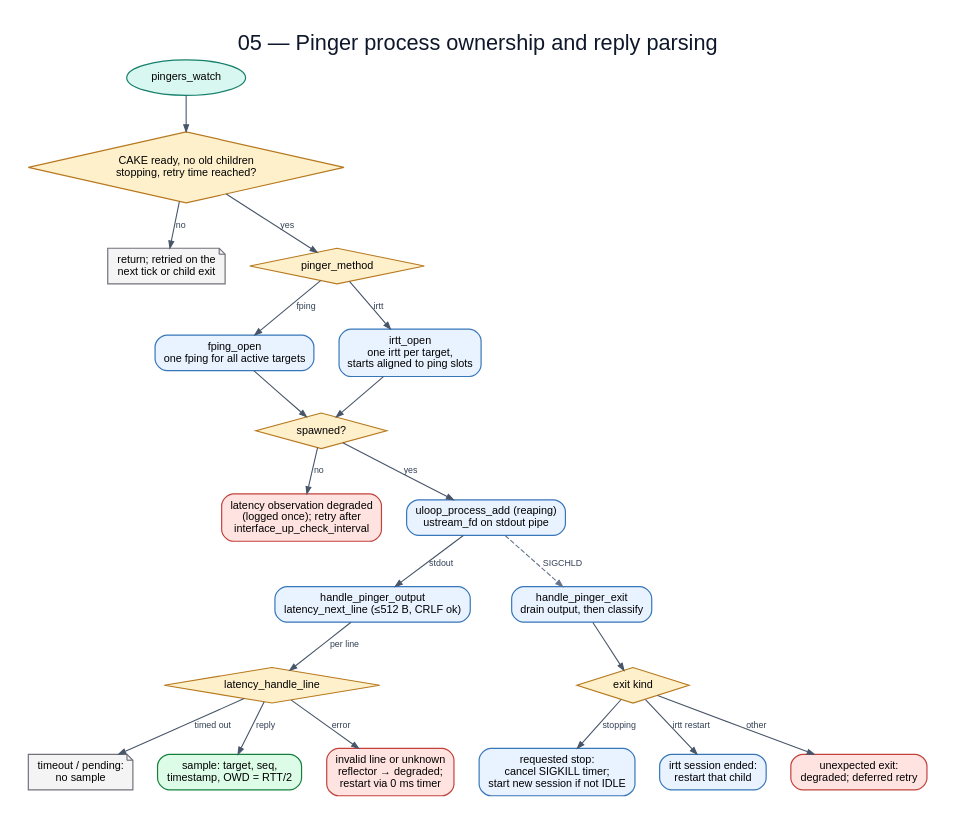
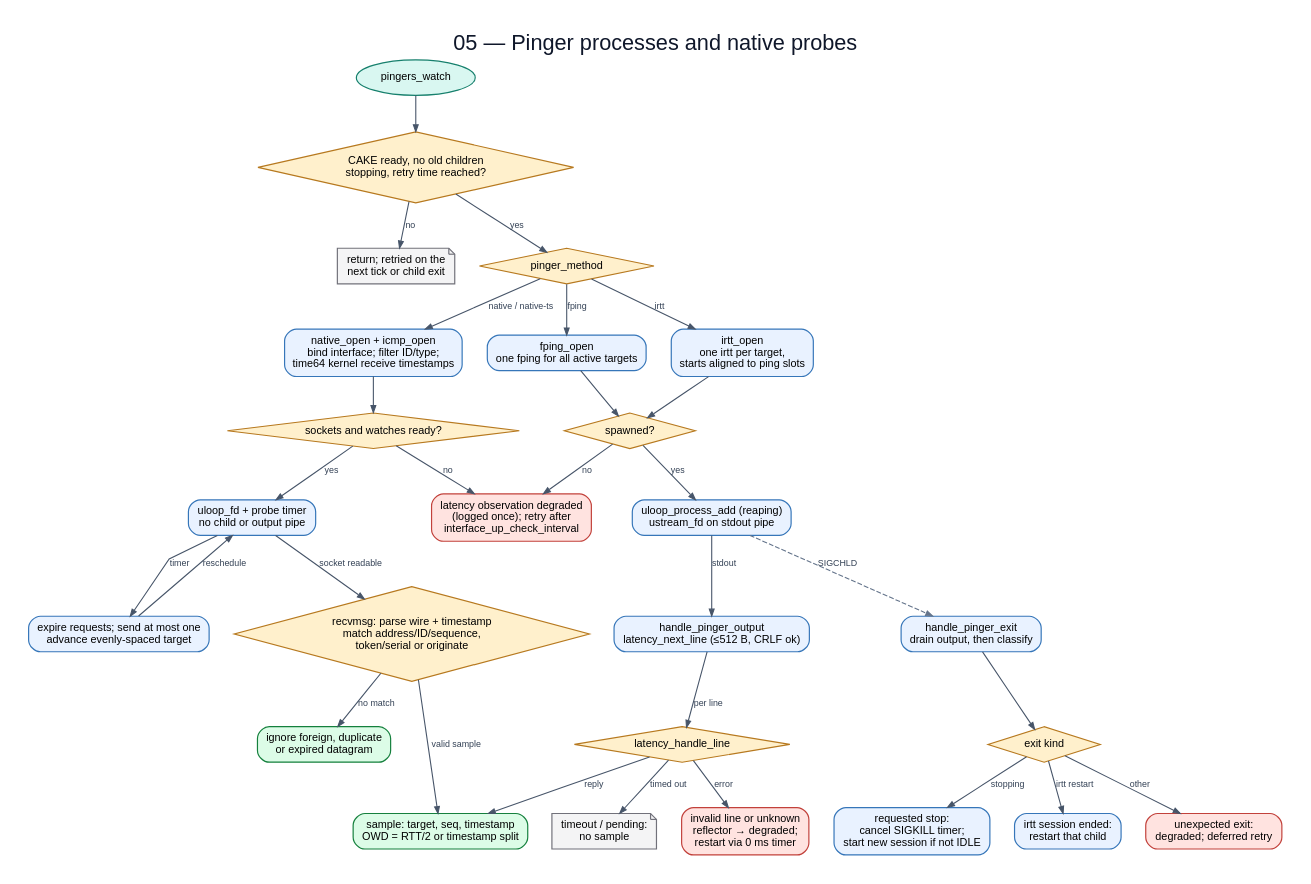
The diagram in flowchart/diagrams/05-fping-process.dot (huydoan94/cake-adapt), drawn with Graphviz before and after one commit. The commit also changed 7 other files, not shown here.

First line of the commit message:
docs: native ICMP probes

```diff
--- a/flowchart/diagrams/05-fping-process.dot
+++ b/flowchart/diagrams/05-fping-process.dot
@@ -1,43 +1,58 @@
 digraph G {
-  graph [rankdir=TB,bgcolor="white",pad="0.30",nodesep="0.35",ranksep="0.48",splines=polyline,fontname="Arial",label="05 — Pinger process ownership and reply parsing",labelloc=t,fontsize=22,fontcolor="#0f172a"];
+  graph [rankdir=TB,bgcolor="white",pad="0.30",nodesep="0.35",ranksep="0.48",splines=polyline,fontname="Arial",label="05 — Pinger processes and native probes",labelloc=t,fontsize=22,fontcolor="#0f172a"];
   node [fontname="Arial",fontsize=11,margin="0.14,0.09",penwidth=1.2];
   edge [fontname="Arial",fontsize=9,color="#475569",fontcolor="#334155",arrowsize=0.7,penwidth=1.1];
   watch [label="pingers_watch",shape=oval,style="filled",fillcolor="#d9f7f1",color="#17806d"];
   ready [label="CAKE ready, no old children\nstopping, retry time reached?",shape=diamond,style="filled",fillcolor="#fff0cc",color="#b7791f"];
   wait [label="return; retried on the\nnext tick or child exit",shape=note,style="filled",fillcolor="#f4f4f5",color="#71717a"];
   method [label="pinger_method",shape=diamond,style="filled",fillcolor="#fff0cc",color="#b7791f"];
+  native [label="native_open + icmp_open\nbind interface; filter ID/type;\ntime64 kernel receive timestamps",shape=box,style="rounded,filled",fillcolor="#e9f2ff",color="#3676b9"];
+  nativeok [label="sockets and watches ready?",shape=diamond,style="filled",fillcolor="#fff0cc",color="#b7791f"];
+  nativewatch [label="uloop_fd + probe timer\nno child or output pipe",shape=box,style="rounded,filled",fillcolor="#e9f2ff",color="#3676b9"];
+  nativetick [label="expire requests; send at most one\nadvance evenly-spaced target",shape=box,style="rounded,filled",fillcolor="#e9f2ff",color="#3676b9"];
+  nativereply [label="recvmsg: parse wire + timestamp\nmatch address/ID/sequence,\ntoken/serial or originate",shape=diamond,style="filled",fillcolor="#fff0cc",color="#b7791f"];
+  nativeignore [label="ignore foreign, duplicate\nor expired datagram",shape=box,style="rounded,filled,bold",fillcolor="#dcfce7",color="#15803d"];
   fping [label="fping_open\none fping for all active targets",shape=box,style="rounded,filled",fillcolor="#e9f2ff",color="#3676b9"];
   irtt [label="irtt_open\none irtt per target,\nstarts aligned to ping slots",shape=box,style="rounded,filled",fillcolor="#e9f2ff",color="#3676b9"];
   spawnok [label="spawned?",shape=diamond,style="filled",fillcolor="#fff0cc",color="#b7791f"];
   degraded [label="latency observation degraded\n(logged once); retry after\ninterface_up_check_interval",shape=box,style="rounded,filled",fillcolor="#ffe3e0",color="#c2413b"];
   register [label="uloop_process_add (reaping)\nustream_fd on stdout pipe",shape=box,style="rounded,filled",fillcolor="#e9f2ff",color="#3676b9"];
   read [label="handle_pinger_output\nlatency_next_line (≤512 B, CRLF ok)",shape=box,style="rounded,filled",fillcolor="#e9f2ff",color="#3676b9"];
   parse [label="latency_handle_line",shape=diamond,style="filled",fillcolor="#fff0cc",color="#b7791f"];
   timeout [label="timeout / pending:\nno sample",shape=note,style="filled",fillcolor="#f4f4f5",color="#71717a"];
-  sample [label="sample: target, seq,\ntimestamp, OWD = RTT/2",shape=box,style="rounded,filled,bold",fillcolor="#dcfce7",color="#15803d"];
+  sample [label="sample: target, seq, timestamp\nOWD = RTT/2 or timestamp split",shape=box,style="rounded,filled,bold",fillcolor="#dcfce7",color="#15803d"];
   bad [label="invalid line or unknown\nreflector → degraded;\nrestart via 0 ms timer",shape=box,style="rounded,filled",fillcolor="#ffe3e0",color="#c2413b"];
   exit [label="handle_pinger_exit\ndrain output, then classify",shape=box,style="rounded,filled",fillcolor="#e9f2ff",color="#3676b9"];
   exitkind [label="exit kind",shape=diamond,style="filled",fillcolor="#fff0cc",color="#b7791f"];
   stopped [label="requested stop:\ncancel SIGKILL timer;\nstart new session if not IDLE",shape=box,style="rounded,filled",fillcolor="#e9f2ff",color="#3676b9"];
   irttre [label="irtt session ended:\nrestart that child",shape=box,style="rounded,filled",fillcolor="#e9f2ff",color="#3676b9"];
   crash [label="unexpected exit:\ndegraded; deferred retry",shape=box,style="rounded,filled",fillcolor="#ffe3e0",color="#c2413b"];
   watch -> ready;
   ready -> wait [label="no"];
   ready -> method [label="yes"];
+  method -> native [label="native / native-ts"];
+  native -> nativeok;
+  nativeok -> degraded [label="no"];
+  nativeok -> nativewatch [label="yes"];
+  nativewatch -> nativetick [label="timer"];
+  nativewatch -> nativereply [label="socket readable"];
+  nativetick -> nativewatch [label="reschedule"];
+  nativereply -> nativeignore [label="no match"];
+  nativereply -> sample [label="valid sample"];
   method -> fping [label="fping"];
   method -> irtt [label="irtt"];
   fping -> spawnok;
   irtt -> spawnok;
   spawnok -> degraded [label="no"];
   spawnok -> register [label="yes"];
   register -> read [label="stdout"];
   read -> parse [label="per line"];
   parse -> timeout [label="timed out"];
   parse -> sample [label="reply"];
   parse -> bad [label="error"];
   register -> exit [label="SIGCHLD",style=dashed,color="#64748b"];
   exit -> exitkind;
   exitkind -> stopped [label="stopping"];
   exitkind -> irttre [label="irtt restart"];
   exitkind -> crash [label="other"];
 }
```
